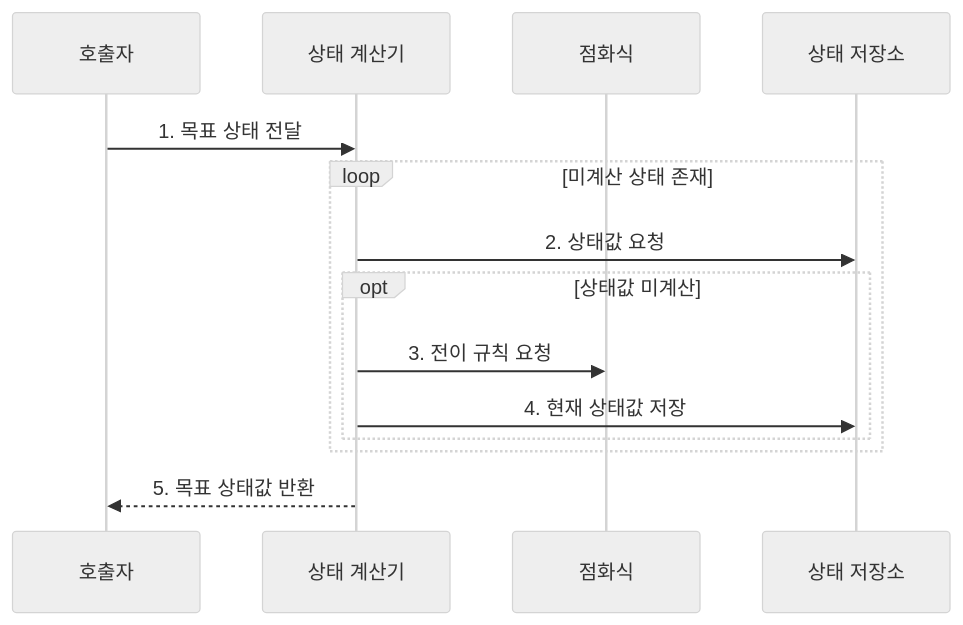
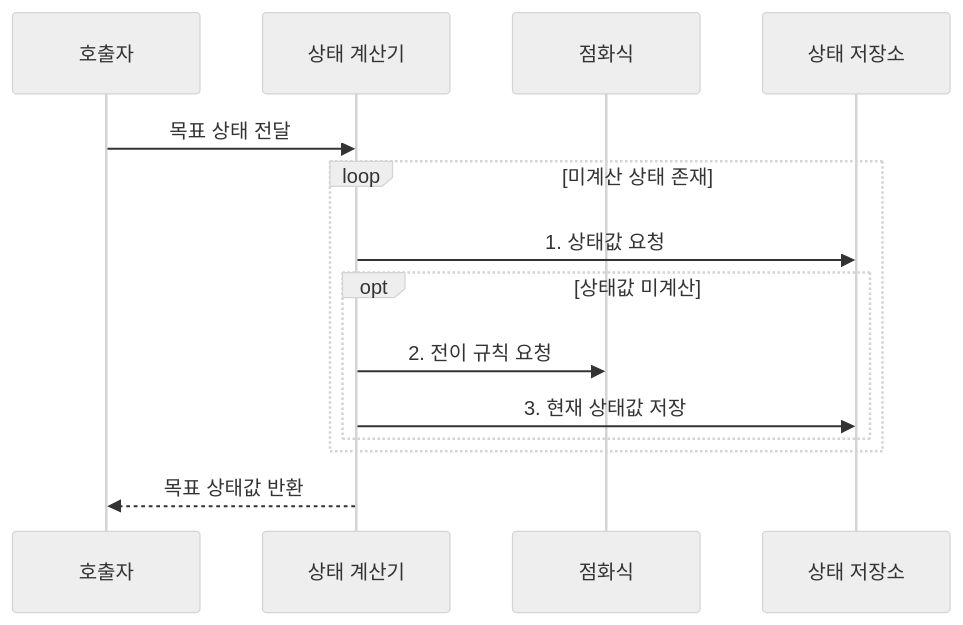
The second of 2 diagrams in src/content/docs/notes/01-basic-theory/013_dynamic_programming.md (agnusdei1207/knowledge-base), drawn with Mermaid (neutral theme) before and after one commit. The commit also changed other lines of this file and 17 other files, not shown here.

````diff
--- a/src/content/docs/notes/01-basic-theory/013_dynamic_programming.md
+++ b/src/content/docs/notes/01-basic-theory/013_dynamic_programming.md
@@ -78,16 +78,16 @@
 ```mermaid
 sequenceDiagram
     participant Q as 호출자
     participant P as 상태 계산기
     participant R as 점화식
     participant M as 상태 저장소
-    Q->>P: 1. 목표 상태 전달
+    Q->>P: 목표 상태 전달
     loop 미계산 상태 존재
-        P->>M: 2. 상태값 요청
+        P->>M: 1. 상태값 요청
         opt 상태값 미계산
-            P->>R: 3. 전이 규칙 요청
-            P->>M: 4. 현재 상태값 저장
+            P->>R: 2. 전이 규칙 요청
+            P->>M: 3. 현재 상태값 저장
         end
     end
-    P-->>Q: 5. 목표 상태값 반환
+    P-->>Q: 목표 상태값 반환
 ```
````
